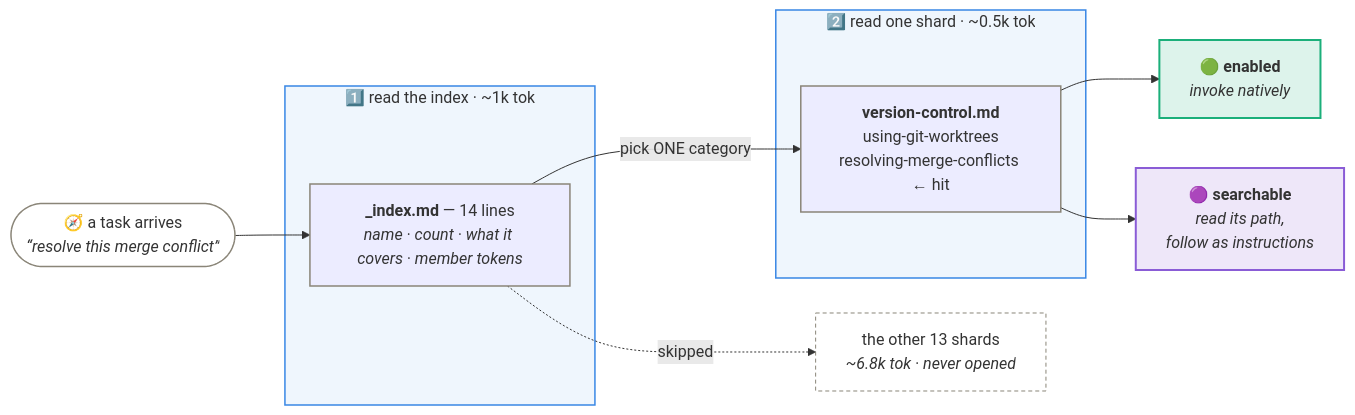
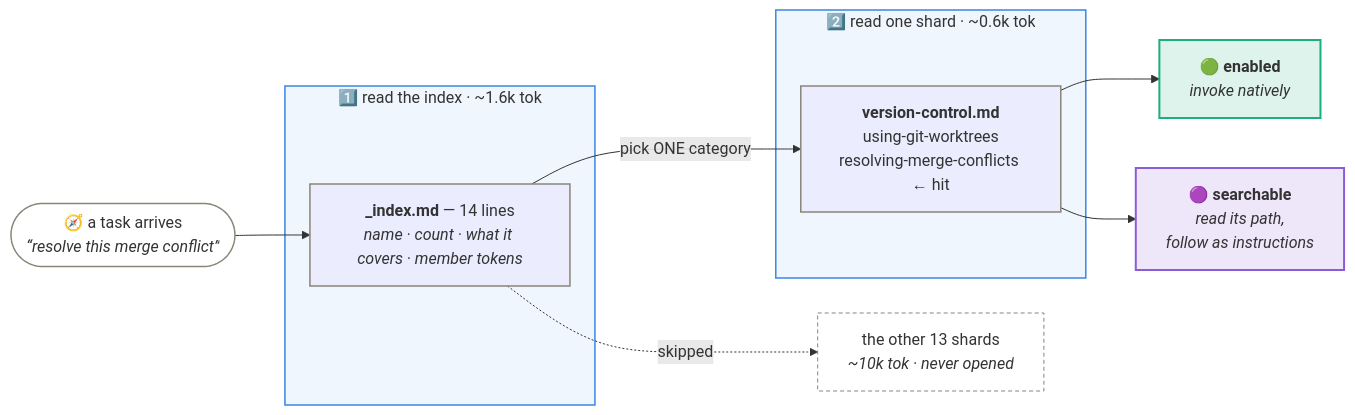
Before and after one commit to danielLublinsky/Skill_Atlas: the diagram in README.md, drawn with Mermaid. The commit also changed other lines of this file and 1 other file, not shown here.

````diff
--- a/README.md
+++ b/README.md
@@ -76,33 +76,33 @@
 ```mermaid
 flowchart LR
     A(["🧭 a task arrives<br/><i>“resolve this merge conflict”</i>"])
 
-    subgraph R1["1️⃣ read the index · ~1k tok"]
+    subgraph R1["1️⃣ read the index · ~1.6k tok"]
         I["<b>_index.md</b> — 14 lines<br/><i>name · count · what it covers · member tokens</i>"]
     end
 
-    subgraph R2["2️⃣ read one shard · ~0.5k tok"]
+    subgraph R2["2️⃣ read one shard · ~0.6k tok"]
         S["<b>version-control.md</b><br/>using-git-worktrees<br/>resolving-merge-conflicts ← hit"]
     end
 
-    X["the other 13 shards<br/><i>~6.8k tok · never opened</i>"]
+    X["the other 13 shards<br/><i>~10k tok · never opened</i>"]
 
     A --> I
     I -- "pick ONE category" --> S
     I -. skipped .-> X
     S --> E["🟢 <b>enabled</b><br/><i>invoke natively</i>"]
     S --> F["🟣 <b>searchable</b><br/><i>read its path,<br/>follow as instructions</i>"]
 
     classDef file stroke:#8a8578,stroke-width:1.5px
     classDef ghost fill:transparent,stroke:#8a8578,stroke-width:1.5px
     classDef hit fill:#1baf7a26,stroke:#1baf7a,stroke-width:2px
     classDef dormant fill:#8a5cd626,stroke:#8a5cd6,stroke-width:2px
     classDef muted fill:transparent,stroke:#8a8578,stroke-width:1px,stroke-dasharray:4 3
     class I,S file
     class A ghost
     class E hit
     class F dormant
     class X muted
     style R1 fill:#3987e514,stroke:#3987e5,stroke-width:1.5px
     style R2 fill:#3987e514,stroke:#3987e5,stroke-width:1.5px
 ```
````
